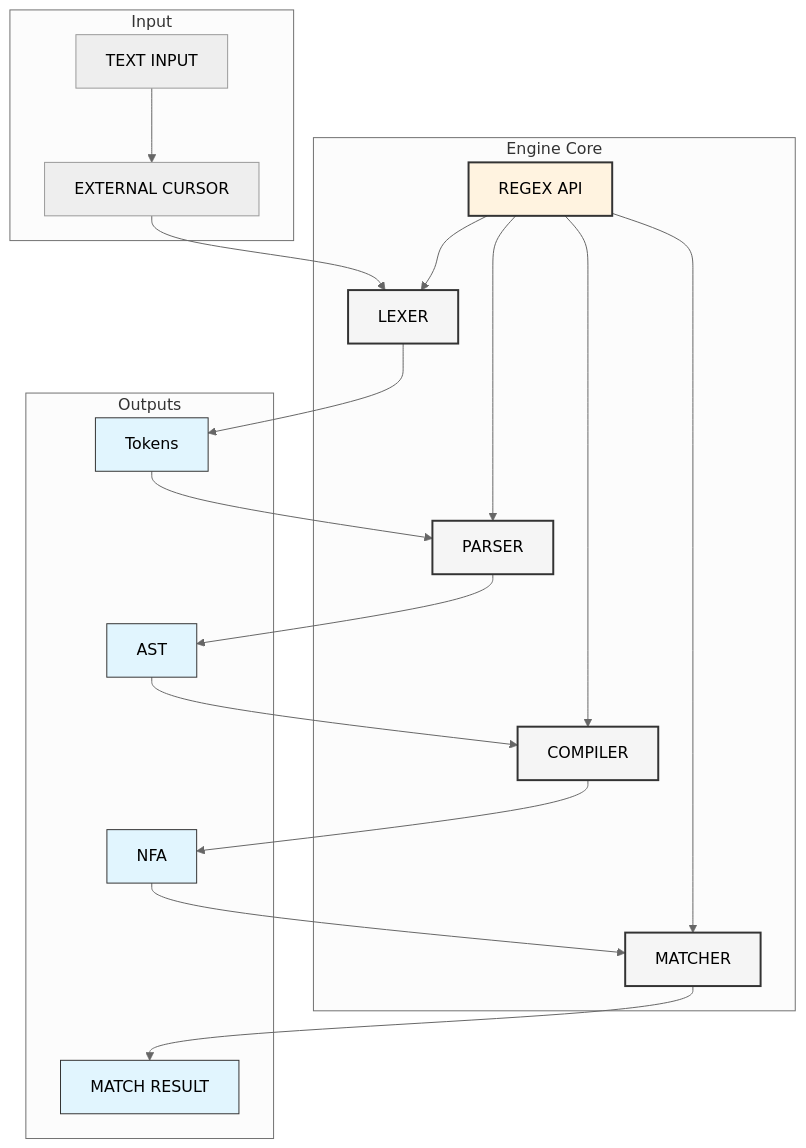
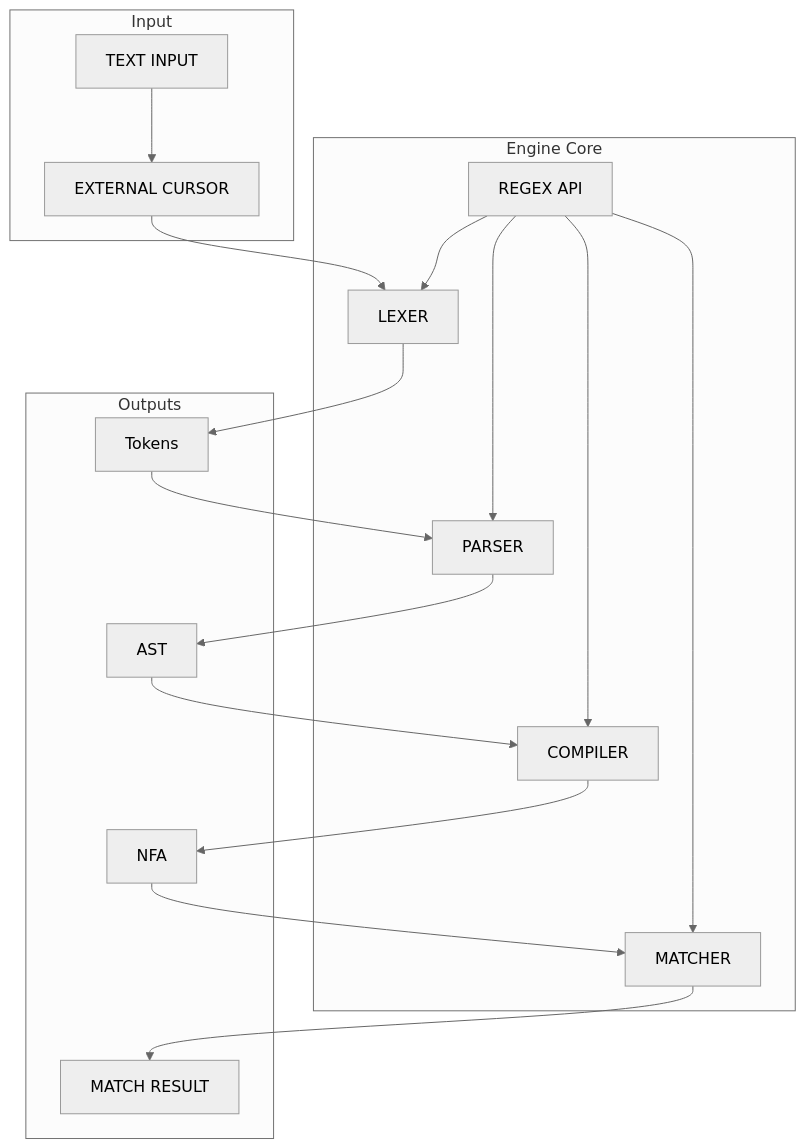
One commit to Demali-876/motoko_regex_engine changed the diagram in README.md. Above: the diagram before and after it, drawn with Mermaid (neutral theme).

````diff
--- a/README.md
+++ b/README.md
@@ -11,50 +11,37 @@
 ```mermaid
 graph TD
     subgraph Input
         input[TEXT INPUT]
         cursor[EXTERNAL CURSOR]
     end
 
     subgraph Engine Core
         lexer[LEXER]
         parser[PARSER]
         compiler[COMPILER]
         matcher[MATCHER]
         api[REGEX API]
     end
 
     subgraph Outputs
         tokens[Tokens]
         ast[AST]
         nfa[NFA]
         result[MATCH RESULT]
     end
 
-    %% Input flow
     input --> cursor
     cursor --> lexer
-
-    %% Main processing flow
     lexer --> tokens
     tokens --> parser
     parser --> ast
     ast --> compiler
     compiler --> nfa
     nfa --> matcher
     matcher --> result
 
-    %% API connections
     api --> lexer
     api --> parser
     api --> compiler
     api --> matcher
-
-    %% Styling
-    classDef core fill:#f5f5f5,stroke:#333,stroke-width:2px
-    classDef output fill:#e1f5fe,stroke:#333
-    classDef api fill:#fff3e0,stroke:#333,stroke-width:2px
-
-    class lexer,parser,compiler,matcher core
-    class tokens,ast,nfa,result output
-    class api api
 ```
````
